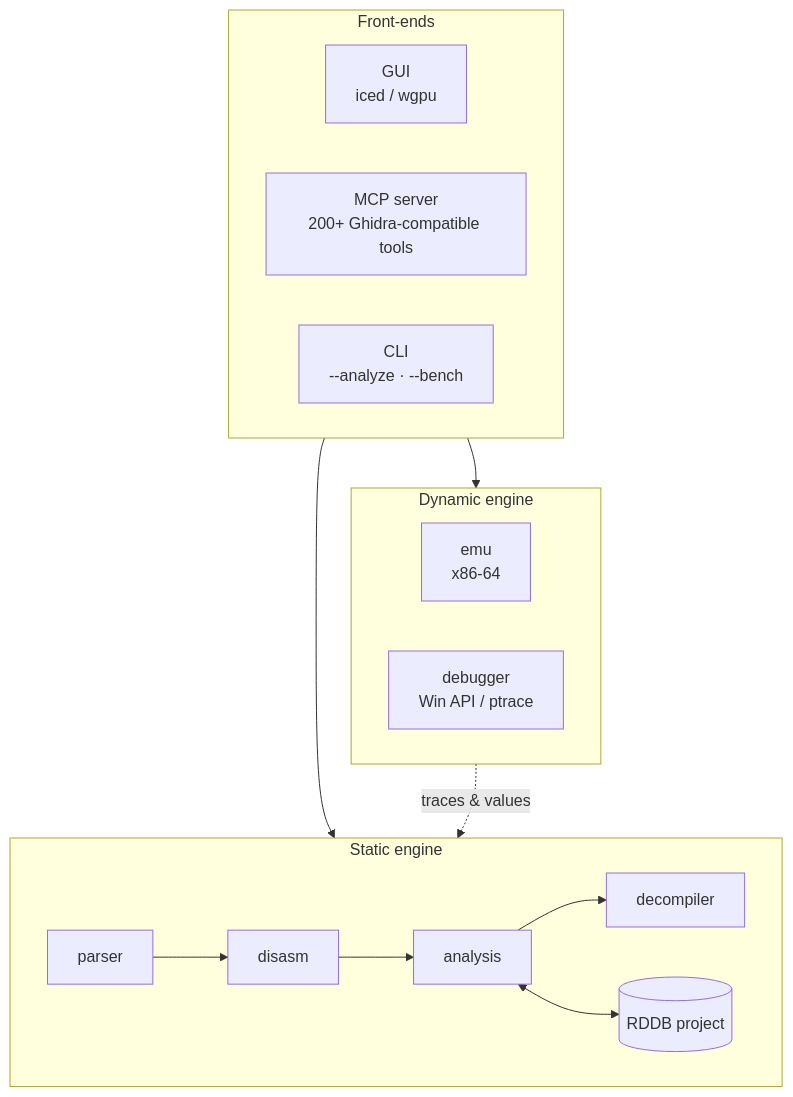
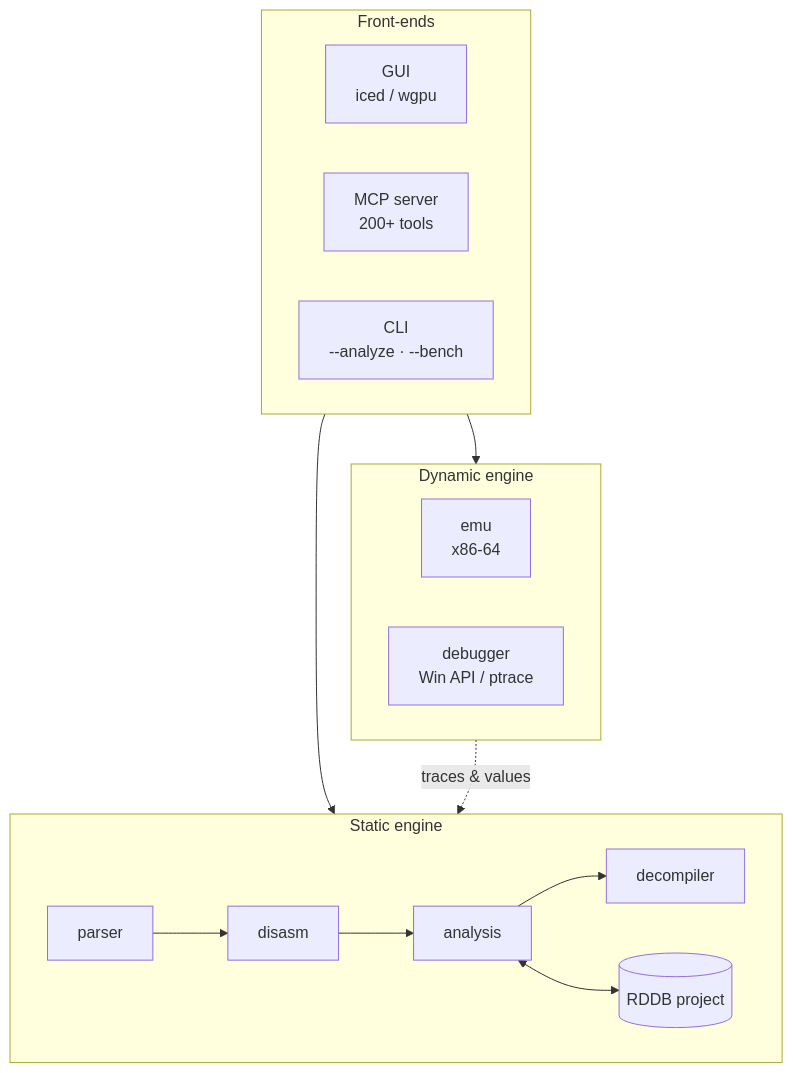
Before and after one commit to jaszkus/rust-debugger: the diagram in README.md, drawn with Mermaid. The commit also changed other lines of this file and 11 other files, not shown here.

````diff
--- a/README.md
+++ b/README.md
@@ -641,24 +639,24 @@
 ```mermaid
 flowchart TB
     subgraph FE["Front-ends"]
         GUI["GUI<br/>iced / wgpu"]
-        MCP["MCP server<br/>200+ Ghidra-compatible tools"]
+        MCP["MCP server<br/>200+ tools"]
         CLI["CLI<br/>--analyze · --bench"]
     end
 
     subgraph CORE["Static engine"]
         direction LR
         P["parser"] --> D["disasm"] --> A["analysis"] --> DC["decompiler"]
         A <--> DB[("RDDB project")]
     end
 
     subgraph DYN["Dynamic engine"]
         direction LR
         EMU["emu<br/>x86-64"]
         DBG["debugger<br/>Win API / ptrace"]
     end
 
     FE --> CORE
     FE --> DYN
     DYN -. "traces & values" .-> CORE
 ```
````
